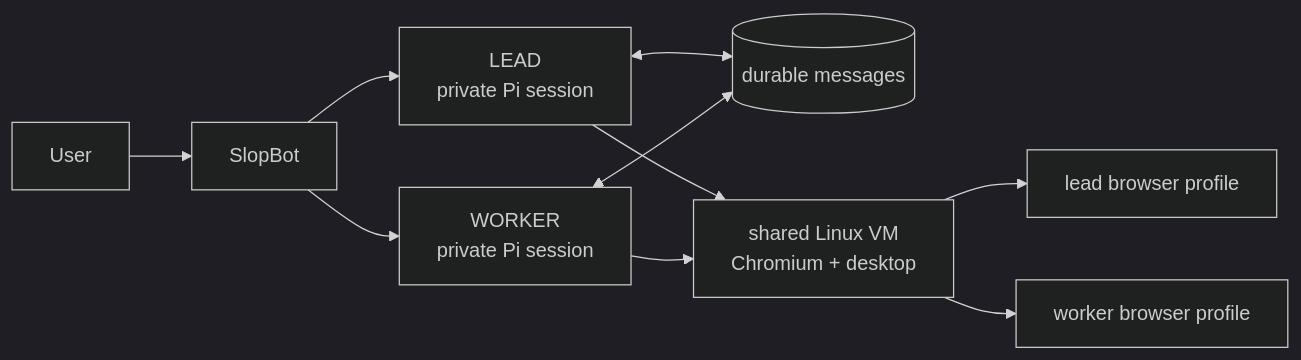
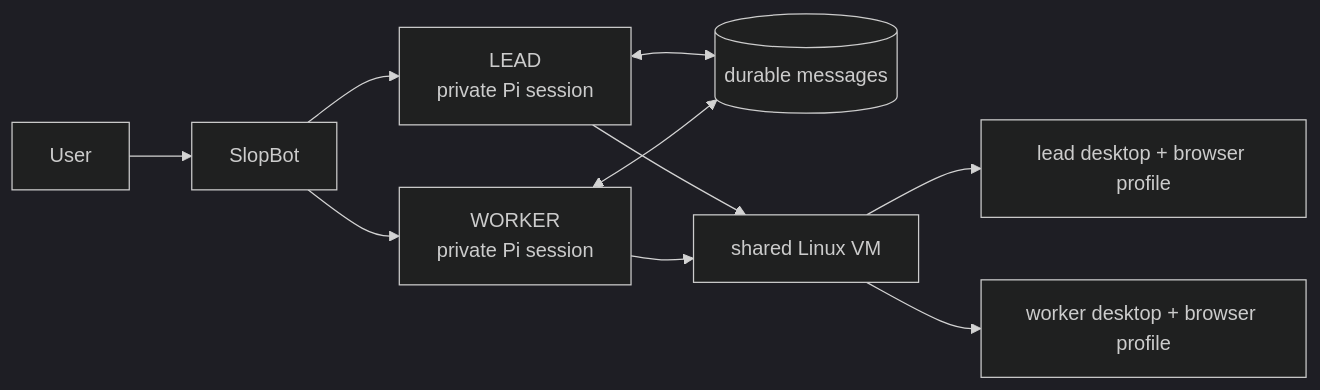
The diagram in README.md (simonbalfe/slopbot), drawn with Mermaid (dark theme) before and after one commit. The commit also changed other lines of this file and 12 other files, not shown here.

````diff
--- a/README.md
+++ b/README.md
@@ -7,12 +7,12 @@
 ```mermaid
 flowchart LR
   User --> SlopBot
   SlopBot --> Lead["LEAD<br/>private Pi session"]
   SlopBot --> Worker["WORKER<br/>private Pi session"]
   Lead <--> Mailroom[(durable messages)]
   Worker <--> Mailroom
-  Lead --> Computer["shared Linux VM<br/>Chromium + desktop"]
+  Lead --> Computer["shared Linux VM"]
   Worker --> Computer
-  Computer --> LeadProfile["lead browser profile"]
-  Computer --> WorkerProfile["worker browser profile"]
+  Computer --> LeadProfile["lead desktop + browser profile"]
+  Computer --> WorkerProfile["worker desktop + browser profile"]
 ```
````
